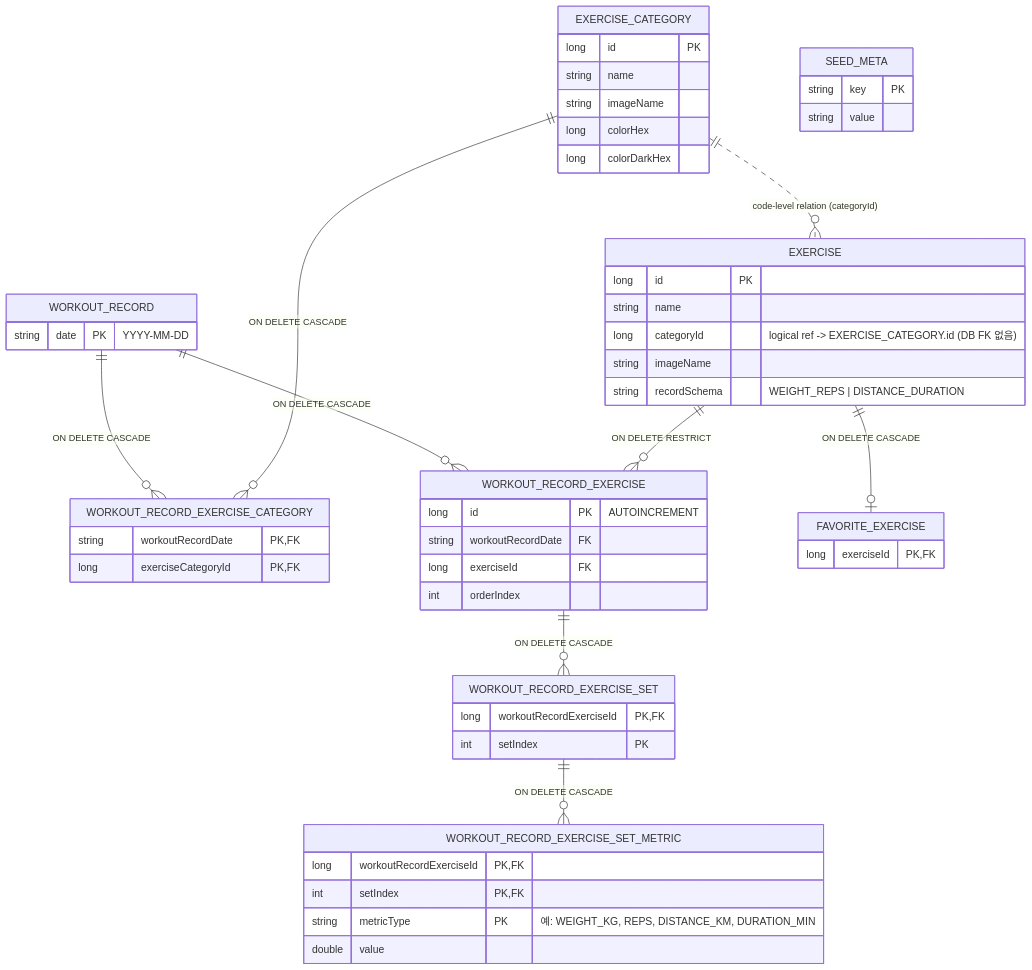
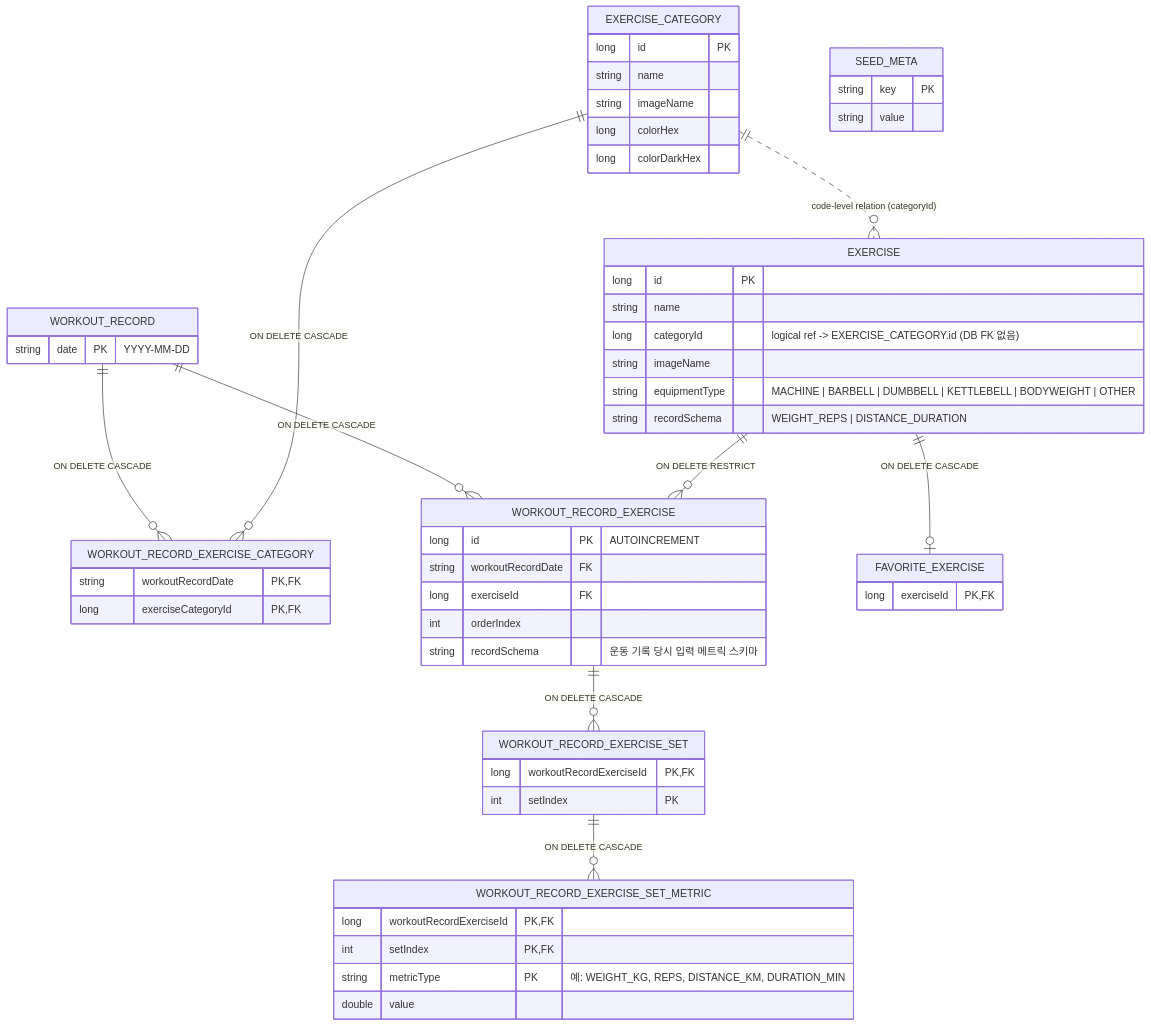
Before and after one commit to jaemin-Yoo/Fitzam: the diagram in docs/db-erd.md, drawn with Mermaid. The commit also changed other lines of this file and 13 other files, not shown here.

First line of the commit message:
Feat: 운동 기구 타입(ExerciseEquipmentType) 추가 및 DB 마이그레이션

````diff
--- a/docs/db-erd.md
+++ b/docs/db-erd.md
@@ -5,67 +5,69 @@
 ```mermaid
 erDiagram
     WORKOUT_RECORD {
         string date PK "YYYY-MM-DD"
     }
 
     EXERCISE_CATEGORY {
         long id PK
         string name
         string imageName
         long colorHex
         long colorDarkHex
     }
 
     EXERCISE {
         long id PK
         string name
         long categoryId "logical ref -> EXERCISE_CATEGORY.id (DB FK 없음)"
         string imageName
+        string equipmentType "MACHINE | BARBELL | DUMBBELL | KETTLEBELL | BODYWEIGHT | OTHER"
         string recordSchema "WEIGHT_REPS | DISTANCE_DURATION"
     }
 
     WORKOUT_RECORD_EXERCISE_CATEGORY {
         string workoutRecordDate PK, FK
         long exerciseCategoryId PK, FK
     }
 
     WORKOUT_RECORD_EXERCISE {
         long id PK "AUTOINCREMENT"
         string workoutRecordDate FK
         long exerciseId FK
         int orderIndex
+        string recordSchema "운동 기록 당시 입력 메트릭 스키마"
     }
 
     WORKOUT_RECORD_EXERCISE_SET {
         long workoutRecordExerciseId PK, FK
         int setIndex PK
     }
 
     WORKOUT_RECORD_EXERCISE_SET_METRIC {
         long workoutRecordExerciseId PK, FK
         int setIndex PK, FK
         string metricType PK "예: WEIGHT_KG, REPS, DISTANCE_KM, DURATION_MIN"
         double value
     }
 
     FAVORITE_EXERCISE {
         long exerciseId PK, FK
     }
 
     SEED_META {
         string key PK
         string value
     }
 
     WORKOUT_RECORD ||--o{ WORKOUT_RECORD_EXERCISE_CATEGORY : "ON DELETE CASCADE"
     EXERCISE_CATEGORY ||--o{ WORKOUT_RECORD_EXERCISE_CATEGORY : "ON DELETE CASCADE"
 
     WORKOUT_RECORD ||--o{ WORKOUT_RECORD_EXERCISE : "ON DELETE CASCADE"
     EXERCISE ||--o{ WORKOUT_RECORD_EXERCISE : "ON DELETE RESTRICT"
 
     WORKOUT_RECORD_EXERCISE ||--o{ WORKOUT_RECORD_EXERCISE_SET : "ON DELETE CASCADE"
     WORKOUT_RECORD_EXERCISE_SET ||--o{ WORKOUT_RECORD_EXERCISE_SET_METRIC : "ON DELETE CASCADE"
 
     EXERCISE ||--o| FAVORITE_EXERCISE : "ON DELETE CASCADE"
     EXERCISE_CATEGORY ||..o{ EXERCISE : "code-level relation (categoryId)"
 ```
````
